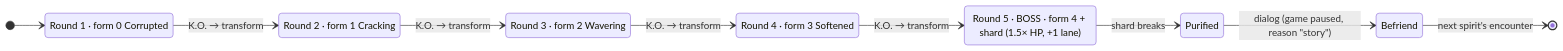
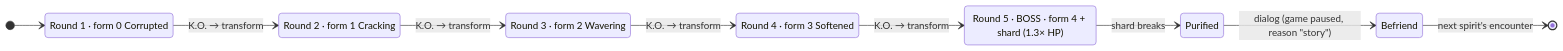
Before and after one commit to Lyceriuss/FunL: the second of 3 diagrams in docs/modules/math-monster.md, drawn with Mermaid. The commit also changed other lines of this file and 47 other files, not shown here.

````diff
--- a/docs/modules/math-monster.md
+++ b/docs/modules/math-monster.md
@@ -76,17 +77,17 @@
 ```mermaid
 stateDiagram-v2
   direction LR
   [*] --> R1
   R1: Round 1 · form 0 Corrupted
   R2: Round 2 · form 1 Cracking
   R3: Round 3 · form 2 Wavering
   R4: Round 4 · form 3 Softened
-  R5: Round 5 · BOSS · form 4 + shard (1.5× HP, +1 lane)
+  R5: Round 5 · BOSS · form 4 + shard (1.3× HP)
   R1 --> R2: K.O. → transform
   R2 --> R3: K.O. → transform
   R3 --> R4: K.O. → transform
   R4 --> R5: K.O. → transform
   R5 --> Purified: shard breaks
   Purified --> Befriend: dialog (game paused, reason "story")
   Befriend --> [*]: next spirit's encounter
 ```
````
